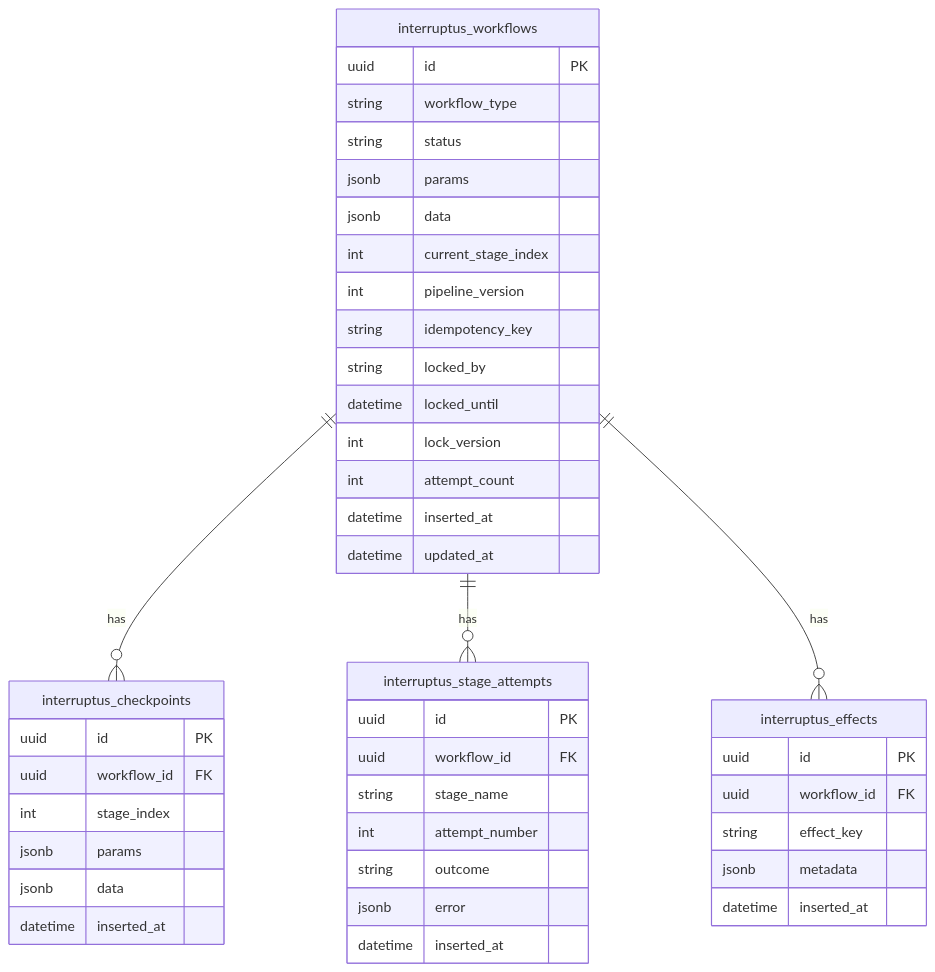
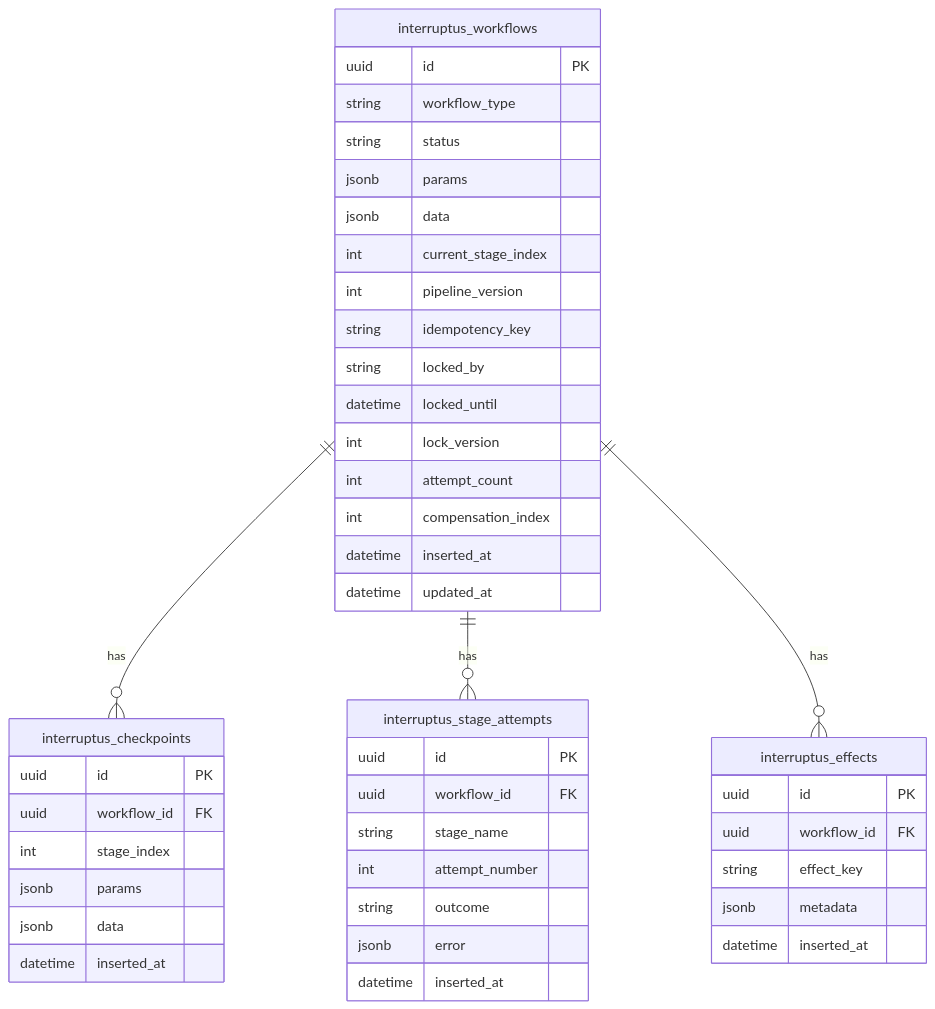
The second of 2 diagrams in DESIGN.md (jcomellas/interruptus), drawn with Mermaid before and after one commit. The commit also changed other lines of this file and 49 other files, not shown here.

````diff
--- a/DESIGN.md
+++ b/DESIGN.md
@@ -118,50 +158,51 @@
 ```mermaid
 erDiagram
   interruptus_workflows ||--o{ interruptus_checkpoints : has
   interruptus_workflows ||--o{ interruptus_stage_attempts : has
   interruptus_workflows ||--o{ interruptus_effects : has
 
   interruptus_workflows {
     uuid id PK
     string workflow_type
     string status
     jsonb params
     jsonb data
     int current_stage_index
     int pipeline_version
     string idempotency_key
     string locked_by
     datetime locked_until
     int lock_version
     int attempt_count
+    int compensation_index
     datetime inserted_at
     datetime updated_at
   }
 
   interruptus_checkpoints {
     uuid id PK
     uuid workflow_id FK
     int stage_index
     jsonb params
     jsonb data
     datetime inserted_at
   }
 
   interruptus_stage_attempts {
     uuid id PK
     uuid workflow_id FK
     string stage_name
     int attempt_number
     string outcome
     jsonb error
     datetime inserted_at
   }
 
   interruptus_effects {
     uuid id PK
     uuid workflow_id FK
     string effect_key
     jsonb metadata
     datetime inserted_at
   }
 ```
````
